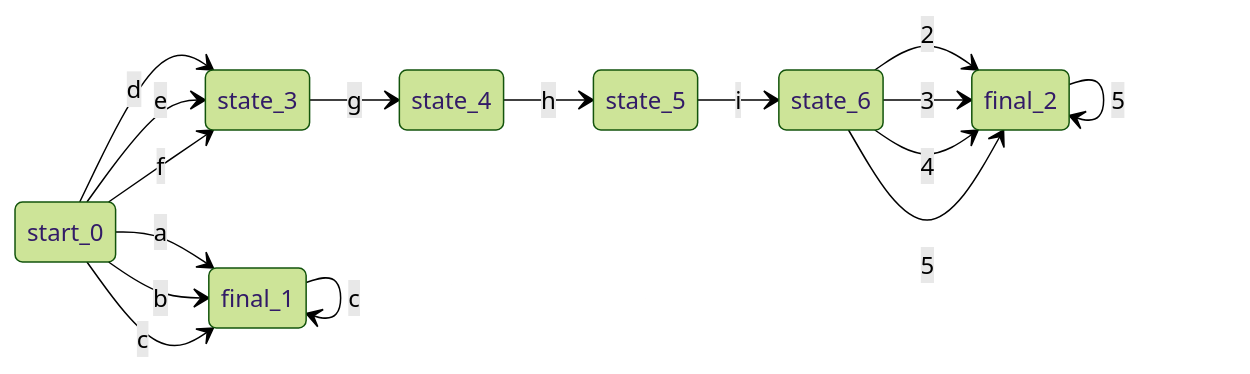
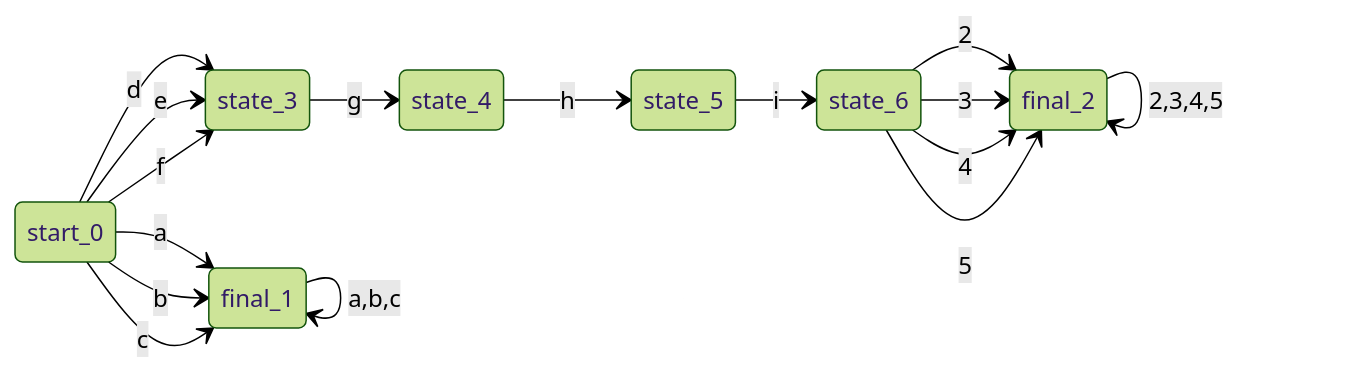
Before and after one commit to ZZH-Finalize/Generic-Laxer: diagram 24 of 24 in regex_visualize.md, drawn with Mermaid (forest theme). The commit also changed other lines of this file and 1 other file, not shown here.

Commit message:
solve same transition only display one char

````diff
--- a/regex_visualize.md
+++ b/regex_visualize.md
@@ -345,25 +340,20 @@
 ```mermaid
 stateDiagram-v2
 direction LR
 
 start_0 --> final_1 : a
 start_0 --> final_1 : b
 start_0 --> final_1 : c
 start_0 --> state_3 : d
 start_0 --> state_3 : e
 start_0 --> state_3 : f
-final_1 --> final_1 : a
-final_1 --> final_1 : b
-final_1 --> final_1 : c
-final_2 --> final_2 : 2
-final_2 --> final_2 : 3
-final_2 --> final_2 : 4
-final_2 --> final_2 : 5
 state_3 --> state_4 : g
 state_4 --> state_5 : h
 state_5 --> state_6 : i
 state_6 --> final_2 : 2
 state_6 --> final_2 : 3
 state_6 --> final_2 : 4
 state_6 --> final_2 : 5
+final_1 --> final_1 : a,b,c
+final_2 --> final_2 : 2,3,4,5
 ```
````
